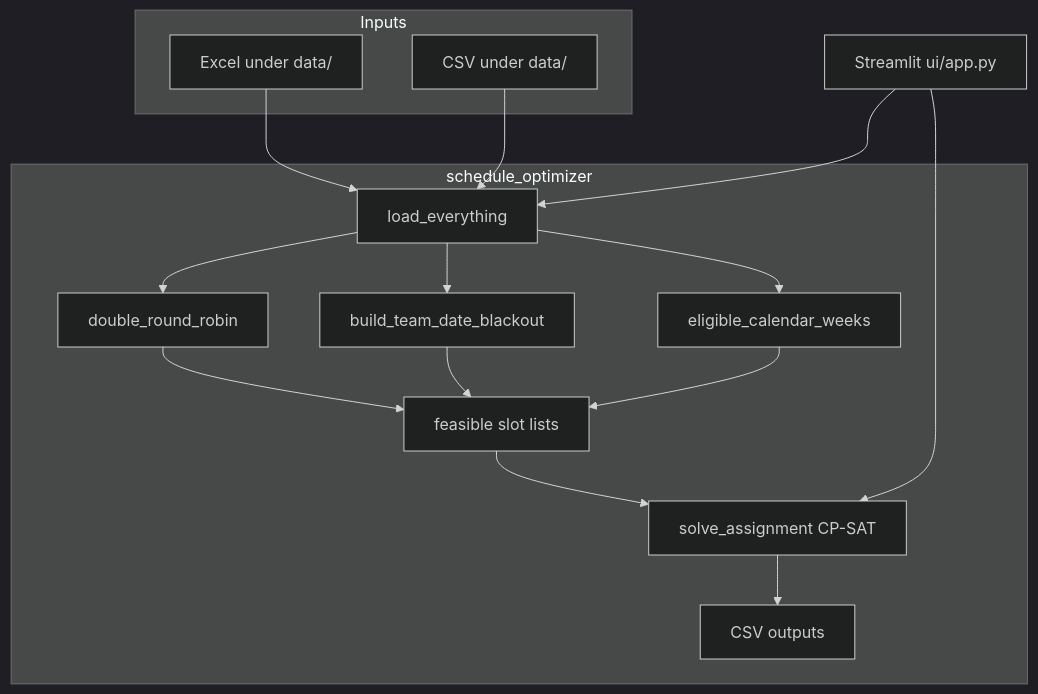
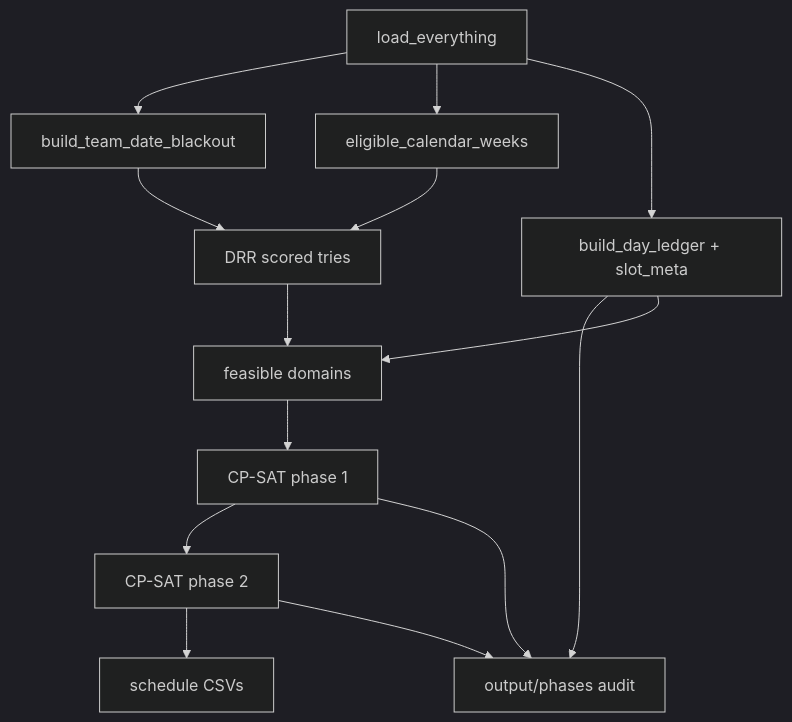
The diagram in Documentations/CODE_DOCUMENTATION.md (ghassanelgendy/egyptian-premier-league-schedule-optimizer), drawn with Mermaid (dark theme) before and after one commit. The commit also changed other lines of this file and 32 other files, not shown here.

````diff
--- a/Documentations/CODE_DOCUMENTATION.md
+++ b/Documentations/CODE_DOCUMENTATION.md
@@ -160,29 +191,26 @@
 ```mermaid
 flowchart TD
-  subgraph inputs [Inputs]
-    XLSX[Excel under data/]
-    CSV[CSV under data/]
-  end
-  subgraph core [schedule_optimizer]
-    LD[load_everything]
-    BL[build_team_date_blackout]
-    EW[eligible_calendar_weeks]
-    RR[double_round_robin]
-    FZ[feasible slot lists]
-    CP[solve_assignment CP-SAT]
-    OUT[CSV outputs]
-  end
-  UI[Streamlit ui/app.py]
-  XLSX --> LD
-  CSV --> LD
+  LD[load_everything]
+  BL[build_team_date_blackout]
+  EW[eligible_calendar_weeks]
+  DL[build_day_ledger + slot_meta]
+  DRR[DRR scored tries]
+  FZ[feasible domains]
+  P1[CP-SAT phase 1]
+  P2[CP-SAT phase 2]
+  PH[output/phases audit]
+  OUT[schedule CSVs]
   LD --> BL
   LD --> EW
-  LD --> RR
-  RR --> FZ
-  BL --> FZ
-  EW --> FZ
-  FZ --> CP
-  CP --> OUT
-  UI --> LD
-  UI --> CP
+  LD --> DL
+  BL --> DRR
+  EW --> DRR
+  DL --> PH
+  DRR --> FZ
+  DL --> FZ
+  FZ --> P1
+  P1 --> P2
+  P1 --> PH
+  P2 --> OUT
+  P2 --> PH
 ```
````
